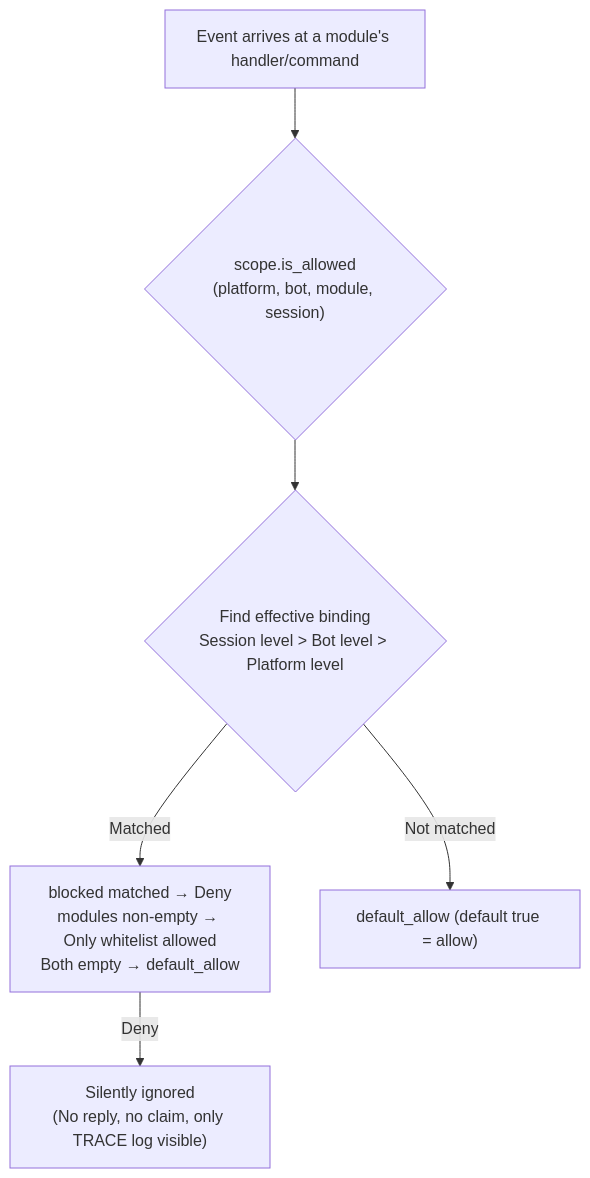
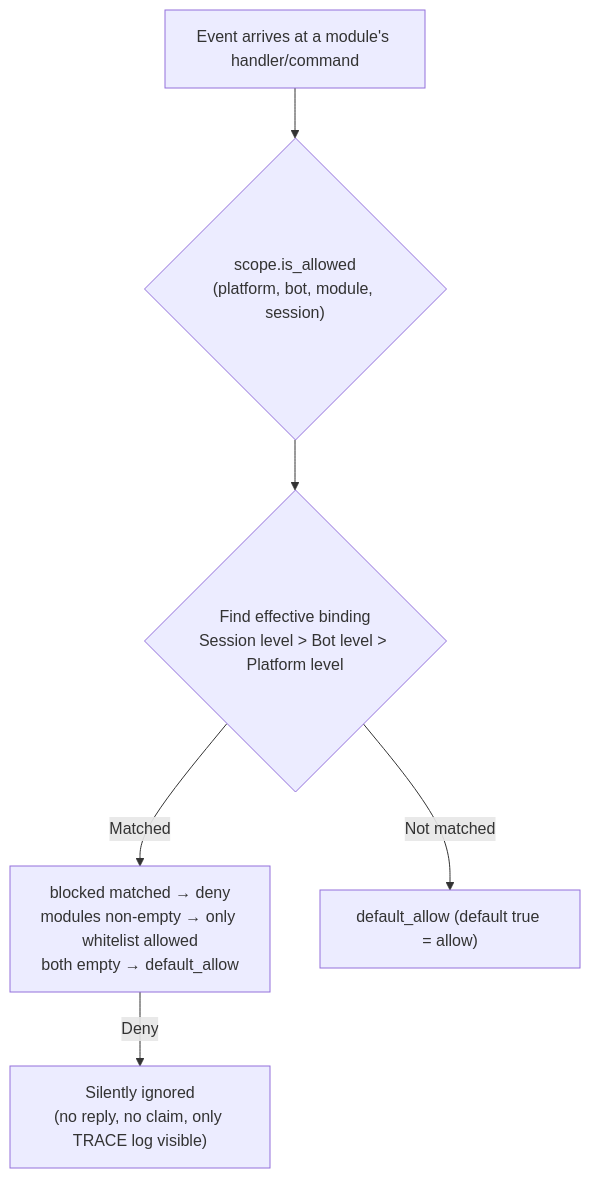
One commit to ErisPulse/ErisPulse changed the diagram in docs/en/advanced/scope.md. Above: the diagram before and after it, drawn with Mermaid. The commit also changed other lines of this file and 23 other files, not shown here.

````diff
--- a/docs/en/advanced/scope.md
+++ b/docs/en/advanced/scope.md
@@ -109,8 +109,8 @@
 ```mermaid
 flowchart TD
     A["Event arrives at a module's handler/command"] --> B{"scope.is_allowed<br/>(platform, bot, module, session)"}
     B --> C{"Find effective binding<br/>Session level > Bot level > Platform level"}
-    C -->|"Matched"| D["blocked matched → Deny<br/>modules non-empty → Only whitelist allowed<br/>Both empty → default_allow"]
+    C -->|"Matched"| D["blocked matched → deny<br/>modules non-empty → only whitelist allowed<br/>both empty → default_allow"]
     C -->|"Not matched"| E["default_allow (default true = allow)"]
-    D -->|"Deny"| Z["Silently ignored<br/>(No reply, no claim, only TRACE log visible)"]
+    D -->|"Deny"| Z["Silently ignored<br/>(no reply, no claim, only TRACE log visible)"]
 ```
````
